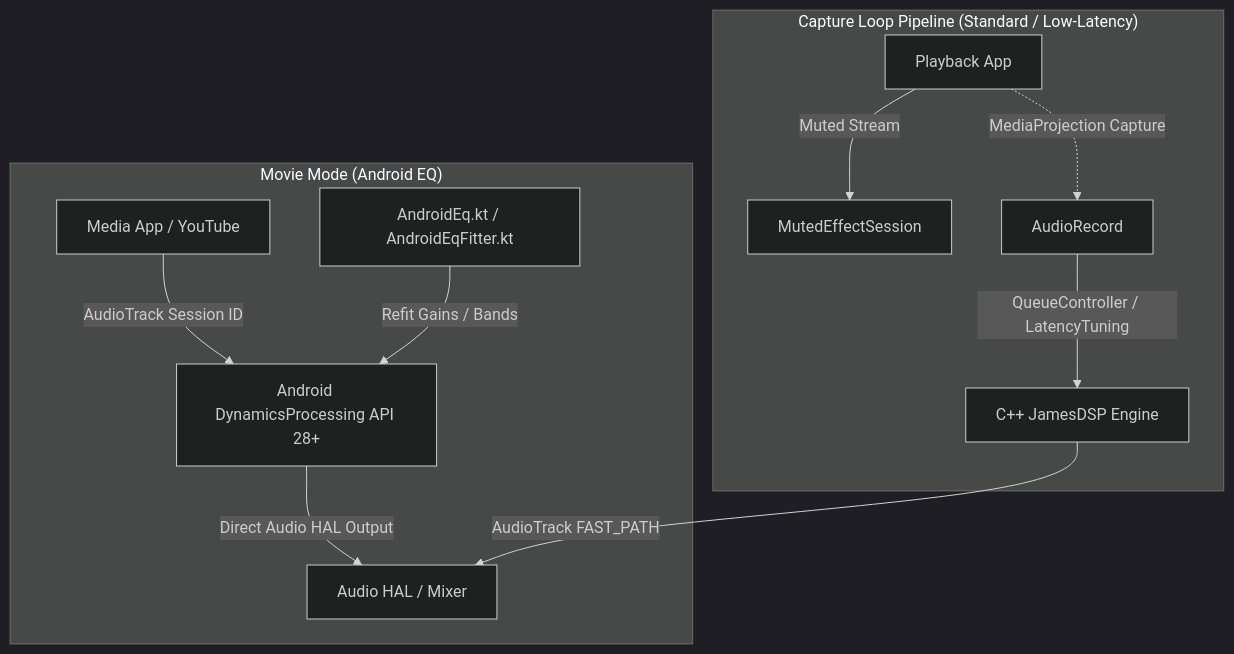
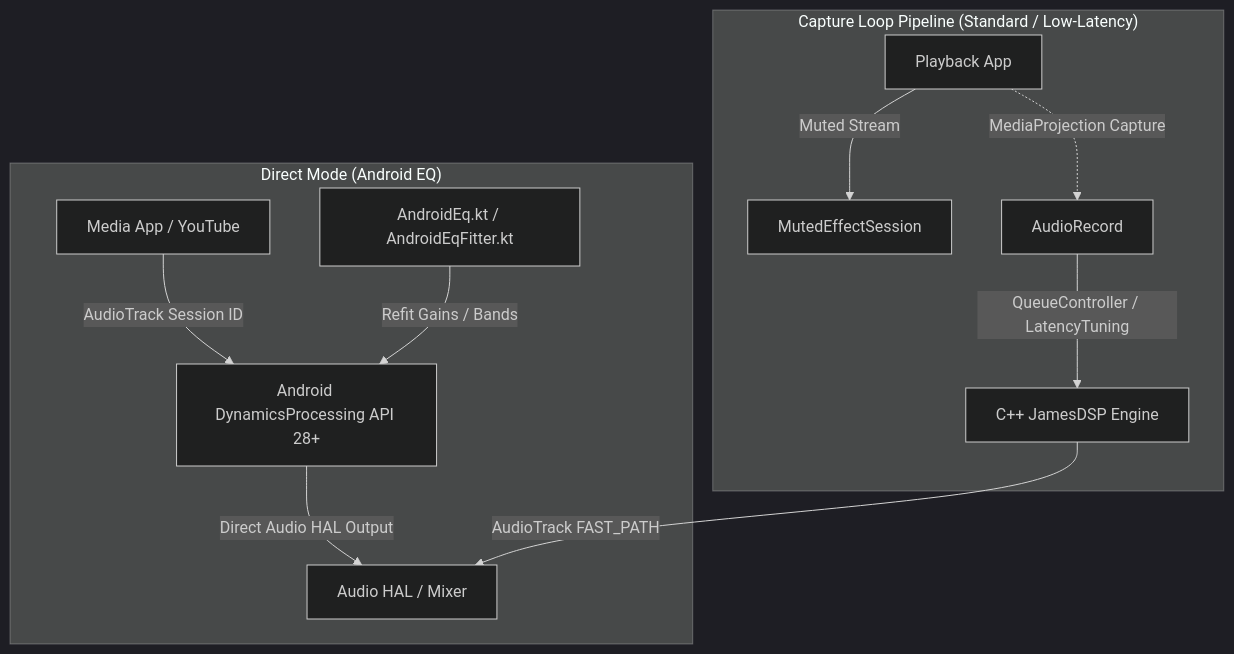
One commit to evoeram/Loundess-PEQ-RootlessJamesDSP changed the diagram in docs/PROCESSING_MODES.md. Above: the diagram before and after it, drawn with Mermaid (dark theme). The commit also changed other lines of this file and 23 other files, not shown here.

First line of the commit message:
Direct Mode rename, larger EQ block sizes, preset-rename propagation

````diff
--- a/docs/PROCESSING_MODES.md
+++ b/docs/PROCESSING_MODES.md
@@ -61,15 +61,15 @@
 ```mermaid
 graph TD
-    subgraph "Movie Mode (Android EQ)"
+    subgraph "Direct Mode (Android EQ)"
         App1[Media App / YouTube] -->|AudioTrack Session ID| DP[Android DynamicsProcessing API 28+]
         DP -->|Direct Audio HAL Output| HAL[Audio HAL / Mixer]
         AEQ[AndroidEq.kt / AndroidEqFitter.kt] -->|Refit Gains / Bands| DP
     end
 
     subgraph "Capture Loop Pipeline (Standard / Low-Latency)"
         App2[Playback App] -->|Muted Stream| Mute[MutedEffectSession]
         App2 -.->|MediaProjection Capture| AR[AudioRecord]
         AR -->|QueueController / LatencyTuning| JDSP[C++ JamesDSP Engine]
         JDSP -->|AudioTrack FAST_PATH| HAL
     end
 ```
````
